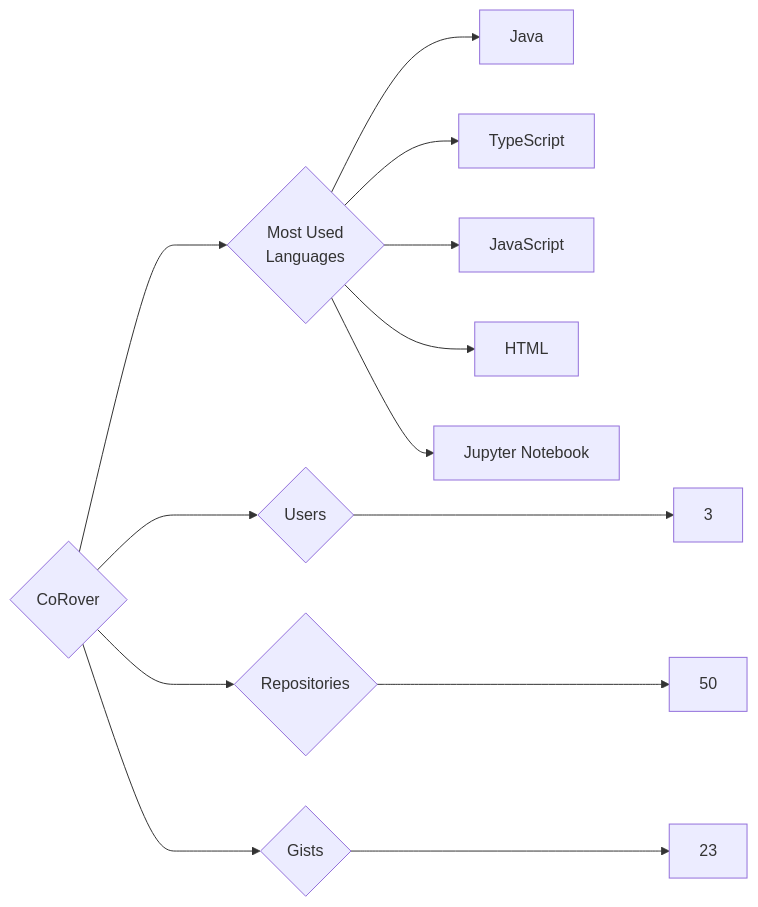
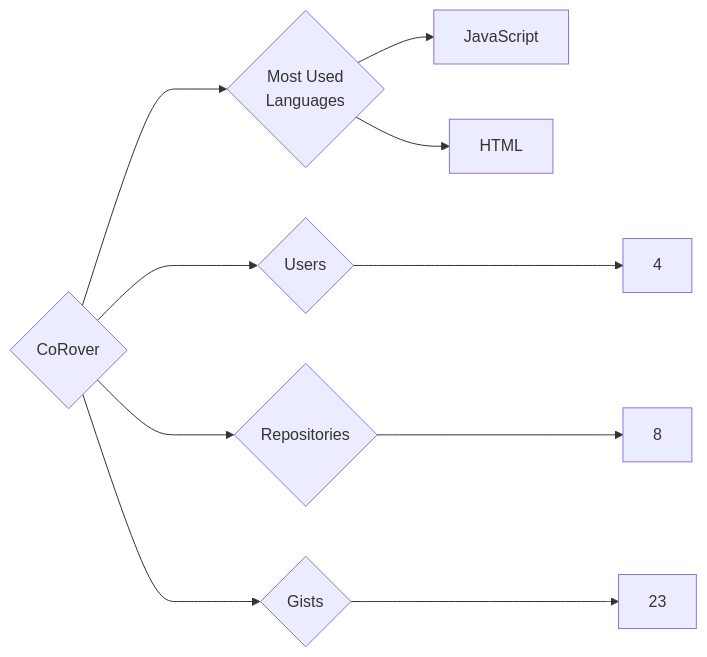
One commit to trickest/insiders changed the diagram in targets/CoRover/README.md. Above: the diagram before and after it, drawn with Mermaid. The commit also changed 749 other files, not shown here.

````diff
--- a/targets/CoRover/README.md
+++ b/targets/CoRover/README.md
@@ -3,13 +3,10 @@
 ```mermaid
 graph LR
 COMPANY_NAME{CoRover}
-COMPANY_NAME ---> U{Users} ---> UN[3]
-COMPANY_NAME ---> R{Repositories} ---> RN[50]
+COMPANY_NAME ---> U{Users} ---> UN[4]
+COMPANY_NAME ---> R{Repositories} ---> RN[8]
 COMPANY_NAME ---> G{Gists} ---> GN[23]
 COMPANY_NAME ---> ML{Most Used<br>Languages}
-ML --> Java[Java]
-ML --> TypeScript[TypeScript]
 ML --> JavaScript[JavaScript]
 ML --> HTML[HTML]
-ML --> Jupyter_Notebook[Jupyter Notebook]
 ```
````
